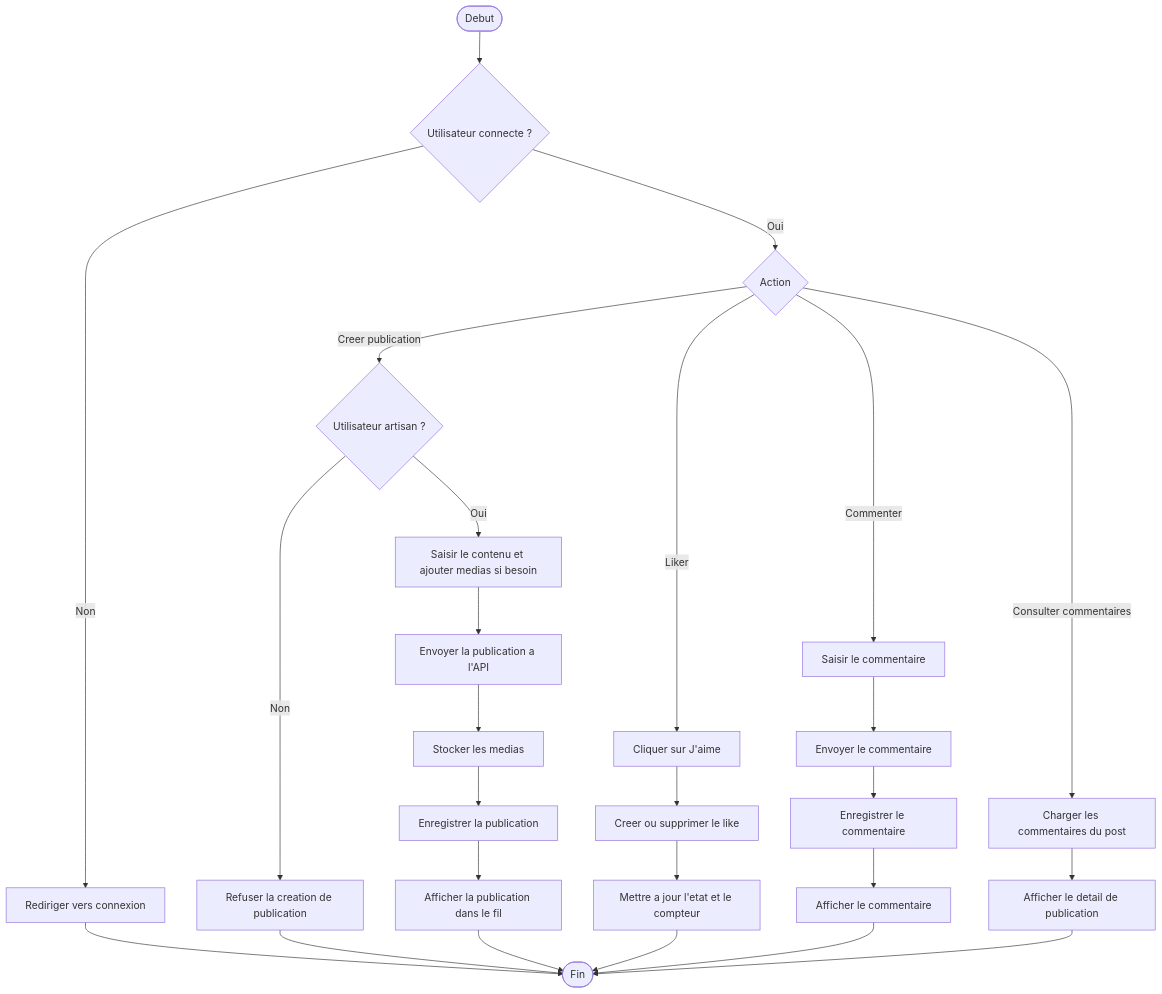
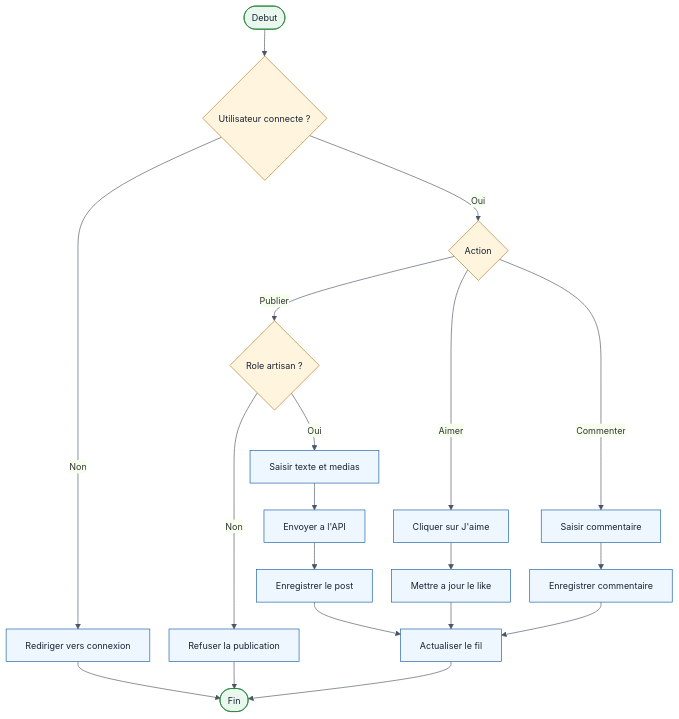
The fifth of 12 diagrams in UML/diagrammes-activites.md (Exauce13/fya-front-end), drawn with Mermaid before and after one commit. The commit also changed other lines of this file and 104 other files, not shown here.

````diff
--- a/UML/diagrammes-activites.md
+++ b/UML/diagrammes-activites.md
@@ -129,33 +168,34 @@
 ```mermaid
+%%{init: {"theme": "base", "themeVariables": {"fontFamily": "Arial", "fontSize": "14px", "primaryColor": "#EEF6FF", "primaryBorderColor": "#145DA0", "lineColor": "#4B5563", "textColor": "#182433"}, "flowchart": {"curve": "basis", "nodeSpacing": 30, "rankSpacing": 42}}}%%
 flowchart TD
     A([Debut]) --> B{Utilisateur connecte ?}
     B -- Non --> C[Rediriger vers connexion]
     C --> Z([Fin])
 
     B -- Oui --> D{Action}
-    D -- Creer publication --> E{Utilisateur artisan ?}
-    E -- Non --> F[Refuser la creation de publication]
-    E -- Oui --> G[Saisir le contenu et ajouter medias si besoin]
-    G --> H[Envoyer la publication a l'API]
-    H --> I[Stocker les medias]
-    I --> J[Enregistrer la publication]
-    J --> K[Afficher la publication dans le fil]
 
-    D -- Liker --> L[Cliquer sur J'aime]
-    L --> M[Creer ou supprimer le like]
-    M --> N[Mettre a jour l'etat et le compteur]
+    D -- Publier --> E{Role artisan ?}
+    E -- Non --> F[Refuser la publication]
+    E -- Oui --> G[Saisir texte et medias]
+    G --> H[Envoyer a l'API]
+    H --> I[Enregistrer le post]
 
-    D -- Commenter --> O[Saisir le commentaire]
-    O --> P[Envoyer le commentaire]
-    P --> Q[Enregistrer le commentaire]
-    Q --> R[Afficher le commentaire]
+    D -- Aimer --> J[Cliquer sur J'aime]
+    J --> K[Mettre a jour le like]
 
-    D -- Consulter commentaires --> S[Charger les commentaires du post]
-    S --> T[Afficher le detail de publication]
+    D -- Commenter --> L[Saisir commentaire]
+    L --> M[Enregistrer commentaire]
 
+    I --> N[Actualiser le fil]
+    K --> N
+    M --> N
     F --> Z
-    K --> Z
     N --> Z
-    R --> Z
-    T --> Z
+
+    classDef start fill:#E9F7EF,stroke:#1E7E34,color:#182433,font-size:14px
+    classDef action fill:#EEF6FF,stroke:#145DA0,color:#182433,font-size:14px
+    classDef decision fill:#FFF4DE,stroke:#B7791F,color:#182433,font-size:14px
+    class A,Z start
+    class C,F,G,H,I,J,K,L,M,N action
+    class B,D,E decision
 ```
````
